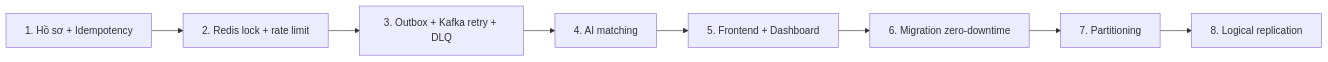
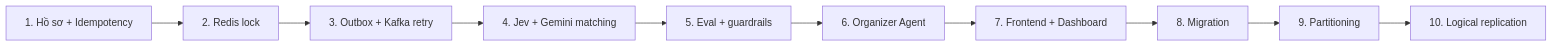
One commit to Trung1234/davas-matching changed the tenth of 10 diagrams in README.md. Above: the diagram before and after it, drawn with Mermaid. The commit also changed other lines of this file, not shown here.

````diff
--- a/README.md
+++ b/README.md
@@ -549,10 +823,12 @@
 ```mermaid
 flowchart LR
-    S1["1. Hồ sơ + Idempotency"] --> S2["2. Redis lock + rate limit"]
-    S2 --> S3["3. Outbox + Kafka retry + DLQ"]
-    S3 --> S4["4. AI matching"]
-    S4 --> S5["5. Frontend + Dashboard"]
-    S5 --> S6["6. Migration zero-downtime"]
-    S6 --> S7["7. Partitioning"]
-    S7 --> S8["8. Logical replication"]
+    S1["1. Hồ sơ + Idempotency"] --> S2["2. Redis lock"]
+    S2 --> S3["3. Outbox + Kafka retry"]
+    S3 --> S4["4. Jev + Gemini matching"]
+    S4 --> S5["5. Eval + guardrails"]
+    S5 --> S6["6. Organizer Agent"]
+    S6 --> S7["7. Frontend + Dashboard"]
+    S7 --> S8["8. Migration"]
+    S8 --> S9["9. Partitioning"]
+    S9 --> S10["10. Logical replication"]
 ```
````
